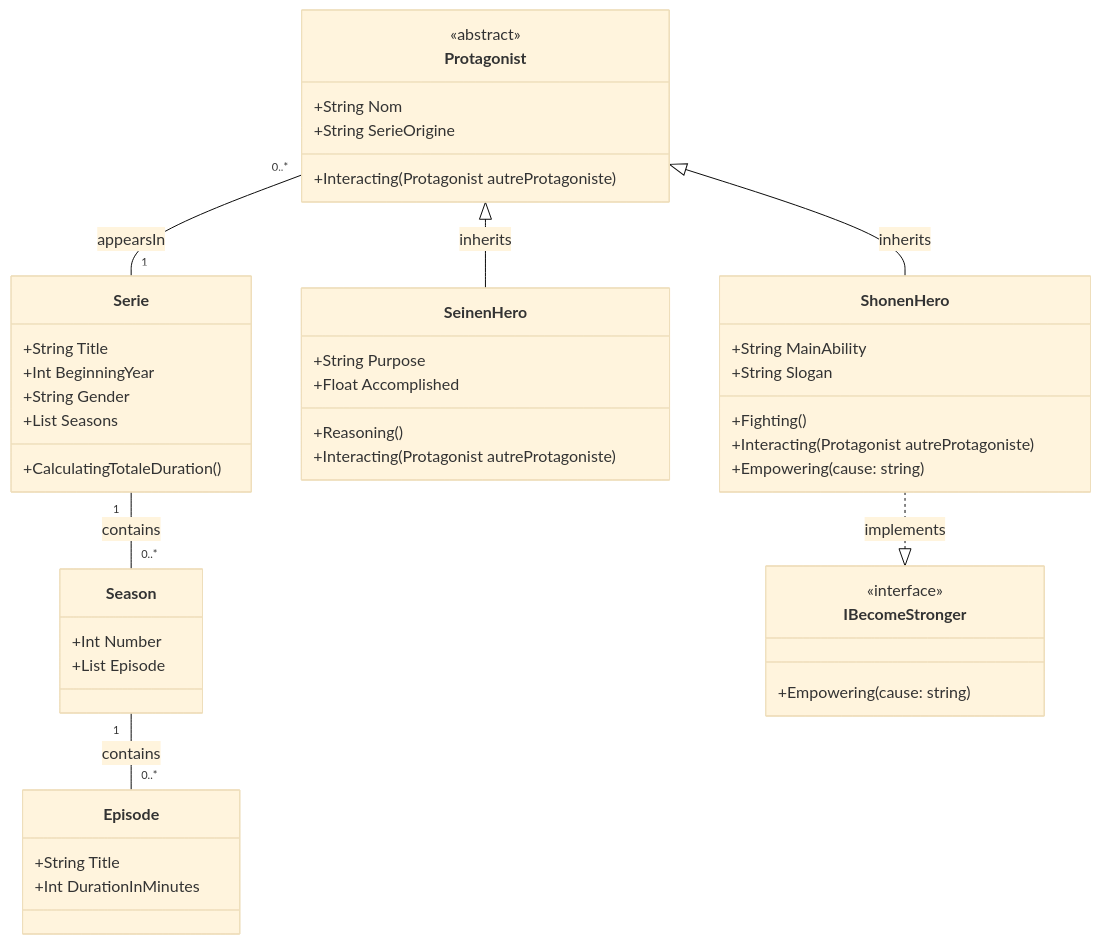
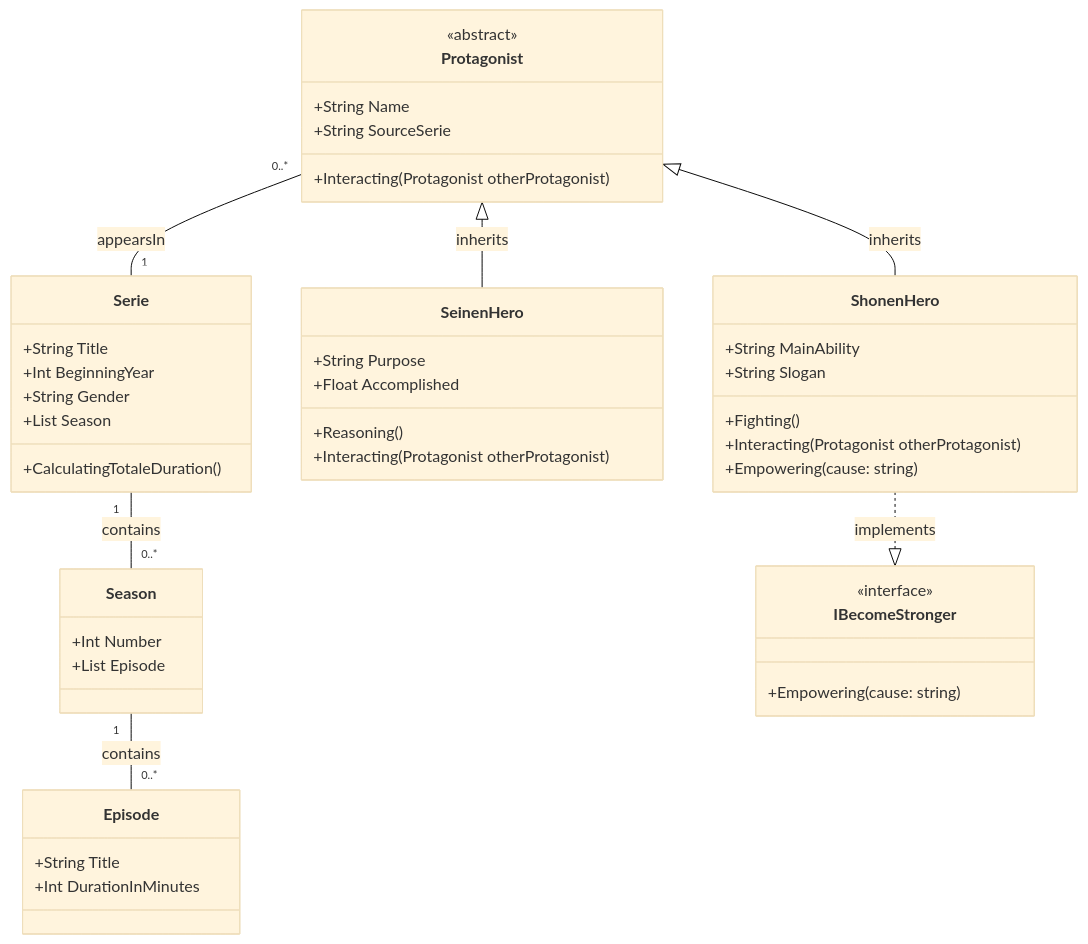
One commit to xEsiah/RenduProjetFinalOOM changed the diagram in HierachieDeClasse.mmd. Above: the diagram before and after it, drawn with Mermaid (base theme). The commit also changed 1 other file, not shown here.

Commit message:
Updating ClassDiagram, Creation of Protagonist/Serie/Season/Episode classes

```diff
--- a/HierachieDeClasse.mmd
+++ b/HierachieDeClasse.mmd
@@ -1,53 +1,53 @@
 classDiagram
     class Protagonist {
         <<abstract>>
-        +String Nom
-        +String SerieOrigine
-        +Interacting(Protagonist autreProtagoniste)
+        +String Name
+        +String SourceSerie
+        +Interacting(Protagonist otherProtagonist)
     }
 
     class ShonenHero {
         +String MainAbility
         +String Slogan
         +Fighting()
-        +Interacting(Protagonist autreProtagoniste)
+        +Interacting(Protagonist otherProtagonist)
         +Empowering(cause: string)
     }
     
     class SeinenHero {
         +String Purpose
         +Float Accomplished
         +Reasoning()
-        +Interacting(Protagonist autreProtagoniste)
+        +Interacting(Protagonist otherProtagonist)
     }
     
     class Season {
         +Int Number
         +List<Episode> Episode
     }
     
     class Episode {
         +String Title
         +Int DurationInMinutes
     }
     
     class Serie {
         +String Title
         +Int BeginningYear
         +String Gender
-        +List<Season> Seasons
+        +List<Season> Season
         +CalculatingTotaleDuration()
     }
 
     class IBecomeStronger {
         <<interface>>
         +Empowering(cause: string)
     }
 
     %% Relations
     Protagonist <|-- ShonenHero : inherits
     Protagonist <|-- SeinenHero : inherits
     ShonenHero ..|> IBecomeStronger : implements
     Serie "1" -- "0..*" Season : contains
     Season "1" -- "0..*" Episode : contains
     Protagonist "0..*" -- "1" Serie : appearsIn
```
